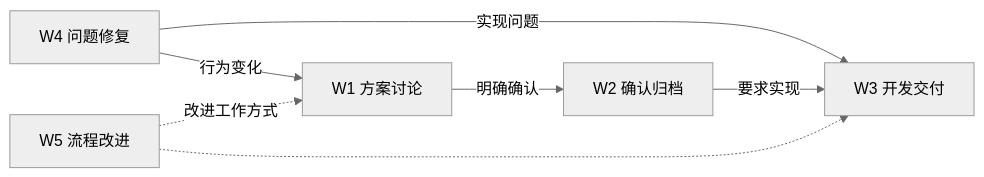
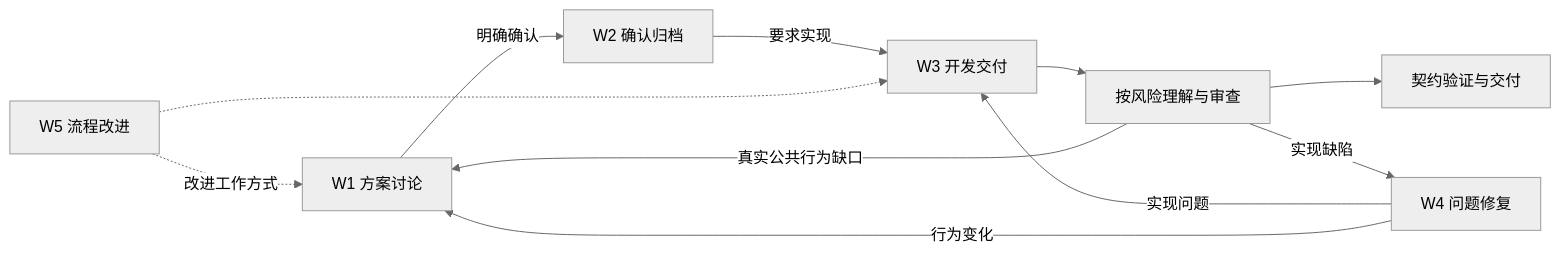
Before and after one commit to linshuohao/app-studio: the diagram in docs/design/workflows.md, drawn with Mermaid (neutral theme). The commit also changed other lines of this file and 68 other files, not shown here.

````diff
--- a/docs/design/workflows.md
+++ b/docs/design/workflows.md
@@ -128,9 +205,13 @@
 ```mermaid
 flowchart LR
     W1[W1 方案讨论] -->|明确确认| W2[W2 确认归档]
     W2 -->|要求实现| W3[W3 开发交付]
     W4[W4 问题修复] -->|实现问题| W3
     W4 -->|行为变化| W1
     W5[W5 流程改进] -.->|改进工作方式| W1
     W5 -.-> W3
+    W3 --> R[按风险理解与审查]
+    R --> V[契约验证与交付]
+    R -->|实现缺陷| W4
+    R -->|真实公共行为缺口| W1
 ```
````
